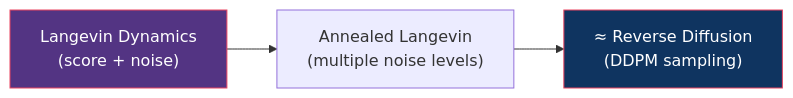
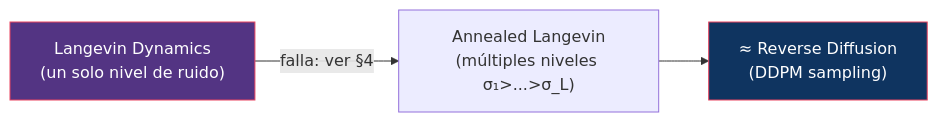
Before and after one commit to DavidDevGt/DifusionReal: the first of 4 diagrams in 04-score-models/README.md, drawn with Mermaid. The commit also changed other lines of this file, not shown here.

````diff
--- a/04-score-models/README.md
+++ b/04-score-models/README.md
@@ -120,8 +154,8 @@
 ```mermaid
 graph LR
-    A["Langevin Dynamics<br/>(score + noise)"] --> B["Annealed Langevin<br/>(multiple noise levels)"]
+    A["Langevin Dynamics<br/>(un solo nivel de ruido)"] -->|"falla: ver §4"| B["Annealed Langevin<br/>(múltiples niveles σ₁>...>σ_L)"]
     B --> C["≈ Reverse Diffusion<br/>(DDPM sampling)"]
 
     style A fill:#533483,stroke:#e94560,color:#fff
     style C fill:#0f3460,stroke:#e94560,color:#fff
 ```
````
